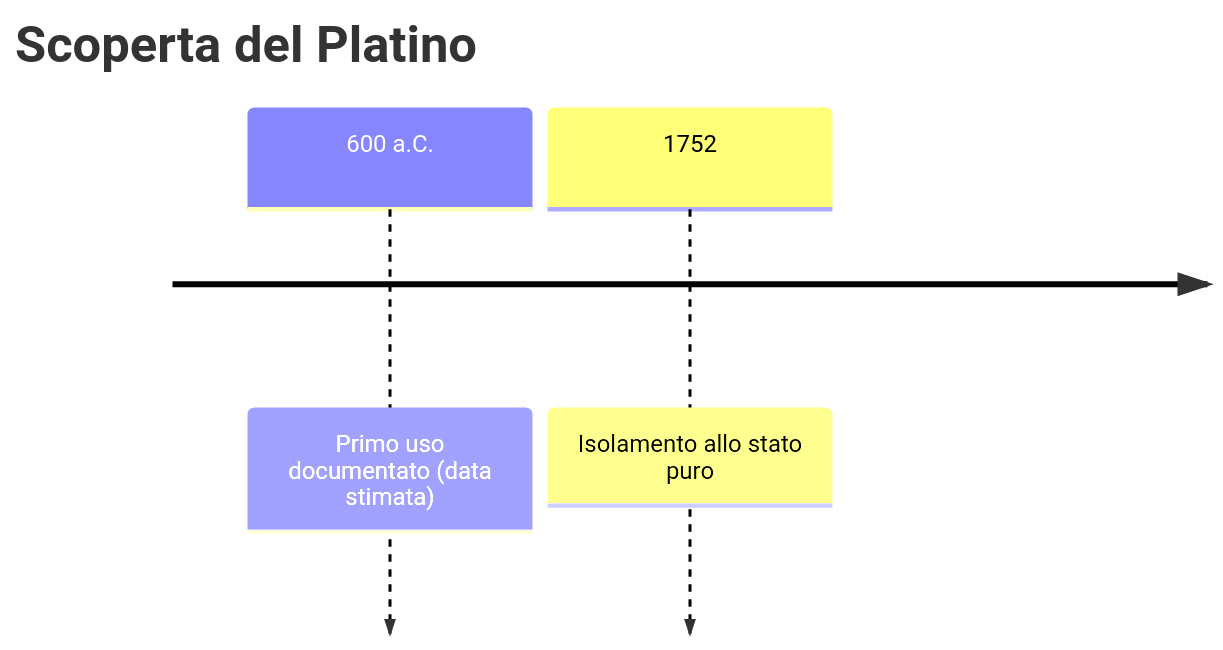
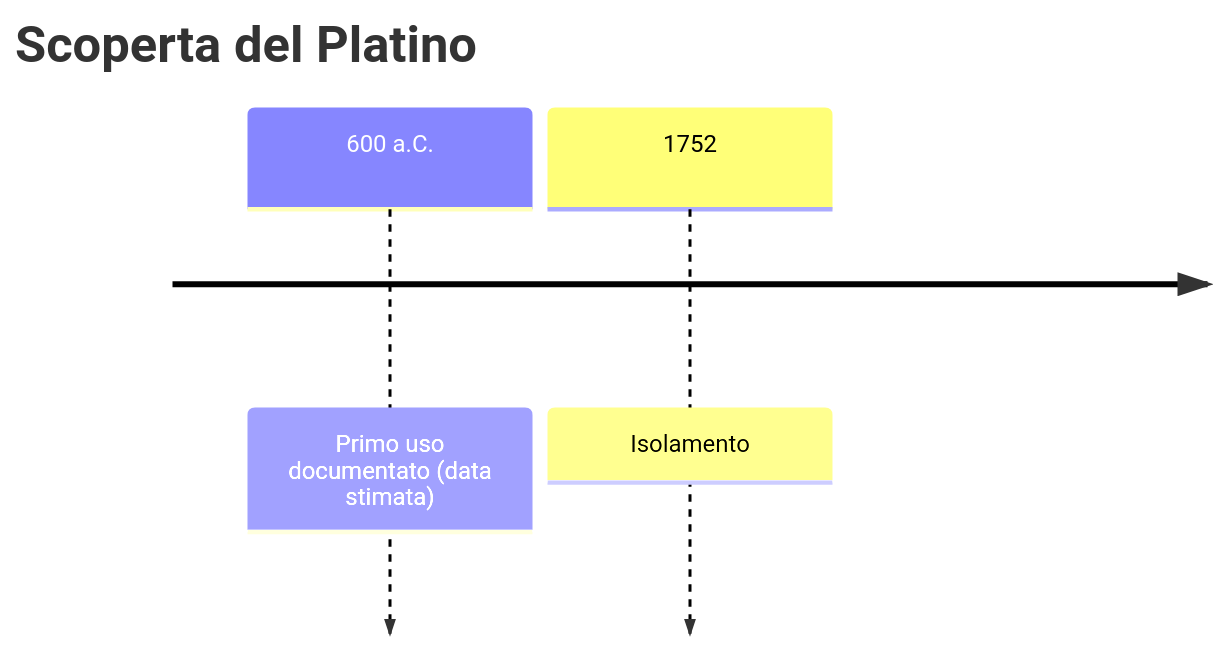
The first of 3 diagrams in vault/Elementi/Platino.md (gianlucaciarcelluti/elements-caos), drawn with Mermaid before and after one commit. The commit also changed 56 other files, not shown here.

````diff
--- a/vault/Elementi/Platino.md
+++ b/vault/Elementi/Platino.md
@@ -28,6 +28,6 @@
 ```mermaid
 timeline
     title Scoperta del Platino
     600 a.C. : Primo uso documentato (data stimata)
-    1752 : Isolamento allo stato puro
+    1752 : Isolamento
 ```
````
